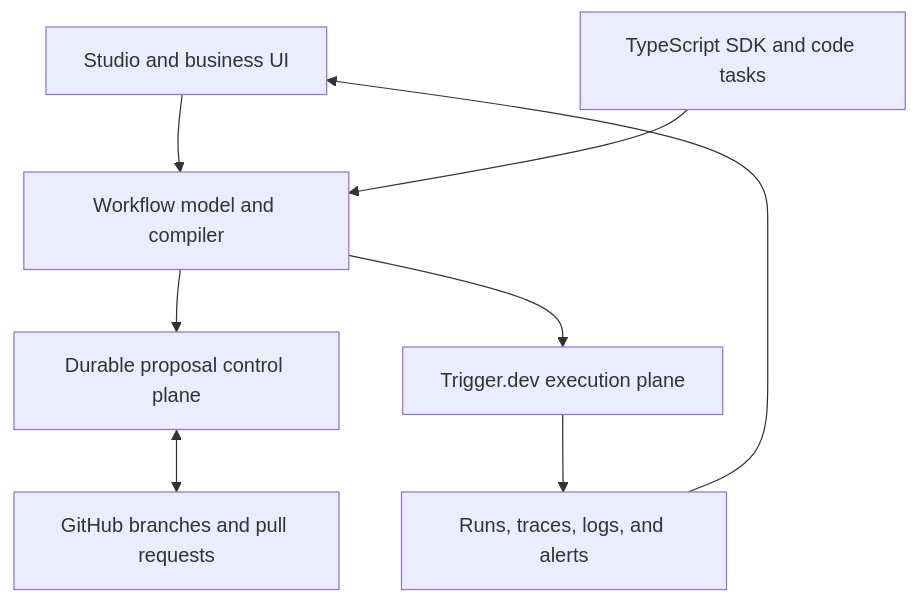
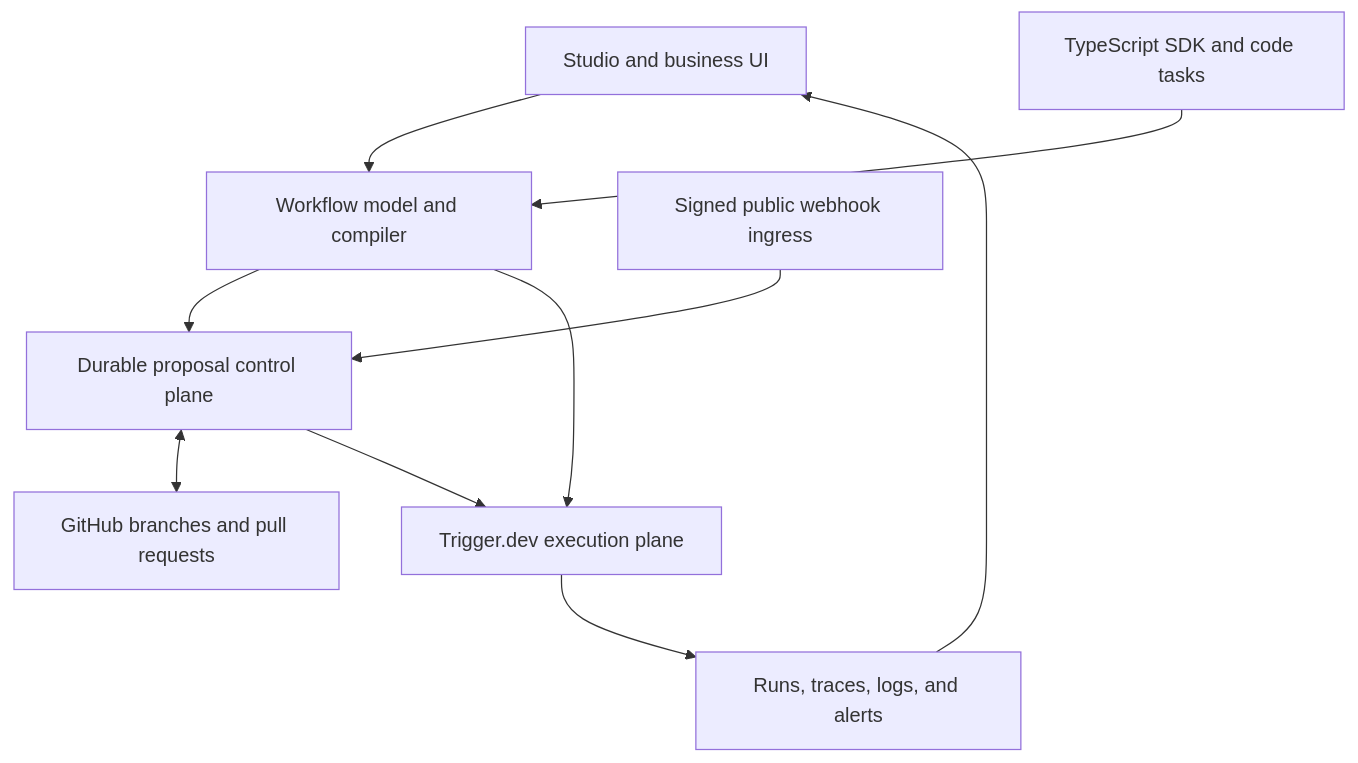
One commit to ahamdjin/Flowcordia changed the diagram in flowcordia/architecture/README.md. Above: the diagram before and after it, drawn with Mermaid. The commit also changed other lines of this file and 5 other files, not shown here.

````diff
--- a/flowcordia/architecture/README.md
+++ b/flowcordia/architecture/README.md
@@ -5,10 +5,12 @@
 ```mermaid
 flowchart TD
   Studio["Studio and business UI"] --> Model["Workflow model and compiler"]
   SDK["TypeScript SDK and code tasks"] --> Model
   Model --> Control["Durable proposal control plane"]
   Control <--> GitHub["GitHub branches and pull requests"]
   Model --> Runtime["Trigger.dev execution plane"]
+  Public["Signed public webhook ingress"] --> Control
+  Control --> Runtime
   Runtime --> Observability["Runs, traces, logs, and alerts"]
   Observability --> Studio
 ```
````
